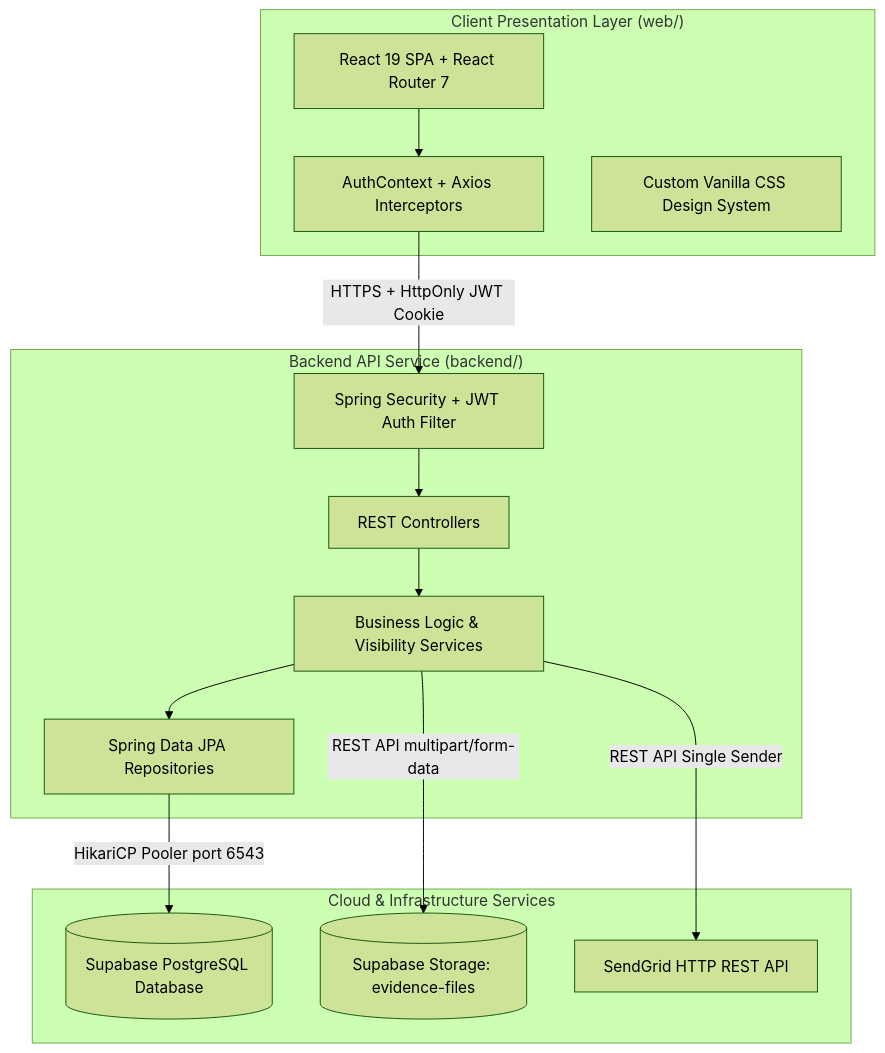
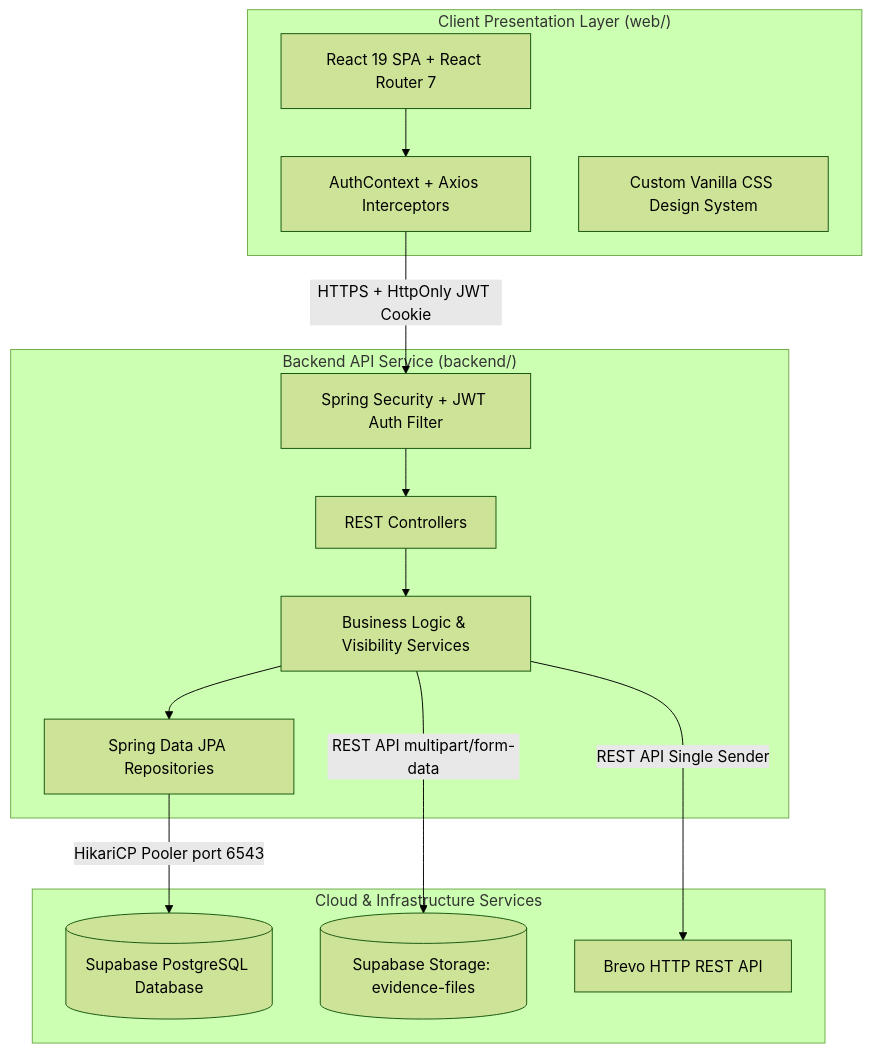
Before and after one commit to fishdips/AERCS: the first of 2 diagrams in README.md, drawn with Mermaid (forest theme). The commit also changed other lines of this file and 2 other files, not shown here.

Commit message:
updated: mail configuration now using Brevo

````diff
--- a/README.md
+++ b/README.md
@@ -55,30 +55,30 @@
 ```mermaid
 graph TB
     subgraph Client ["Client Presentation Layer (web/)"]
         UI[React 19 SPA + React Router 7]
         State[AuthContext + Axios Interceptors]
         Styles[Custom Vanilla CSS Design System]
     end
 
     subgraph Backend ["Backend API Service (backend/)"]
         Gateway[Spring Security + JWT Auth Filter]
         Controllers[REST Controllers]
         Services[Business Logic & Visibility Services]
         Repos[Spring Data JPA Repositories]
     end
 
     subgraph Cloud ["Cloud & Infrastructure Services"]
         DB[(Supabase PostgreSQL Database)]
         Bucket[(Supabase Storage: evidence-files)]
-        Email[SendGrid HTTP REST API]
+        Email[Brevo HTTP REST API]
     end
 
     UI --> State
     State -->|HTTPS + HttpOnly JWT Cookie| Gateway
     Gateway --> Controllers
     Controllers --> Services
     Services --> Repos
     Repos -->|HikariCP Pooler port 6543| DB
     Services -->|REST API multipart/form-data| Bucket
     Services -->|REST API Single Sender| Email
 ```
````
